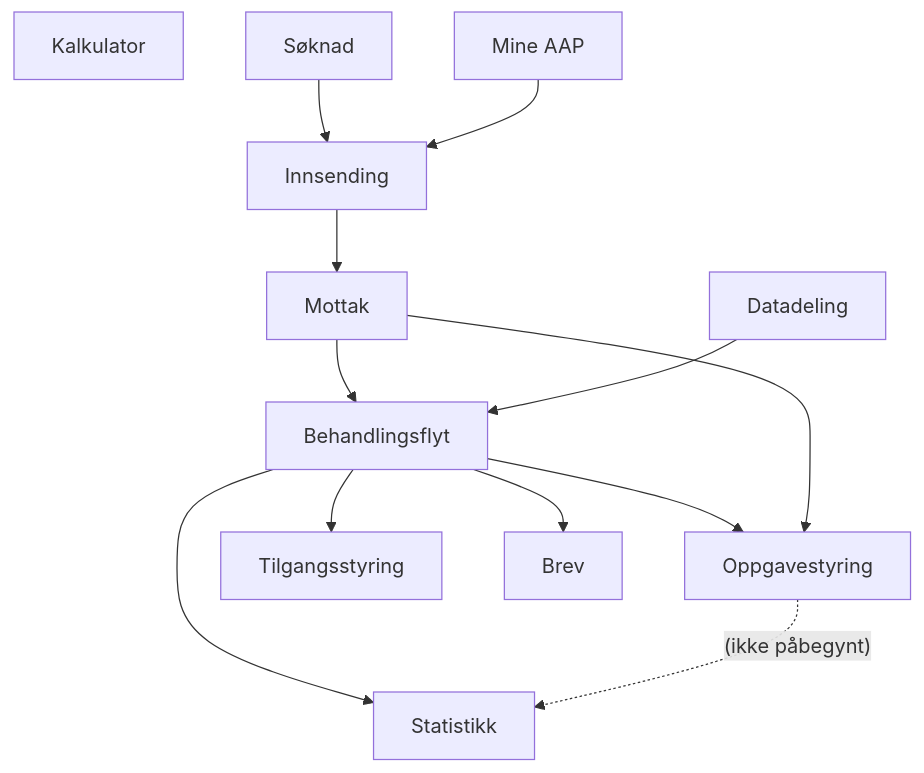
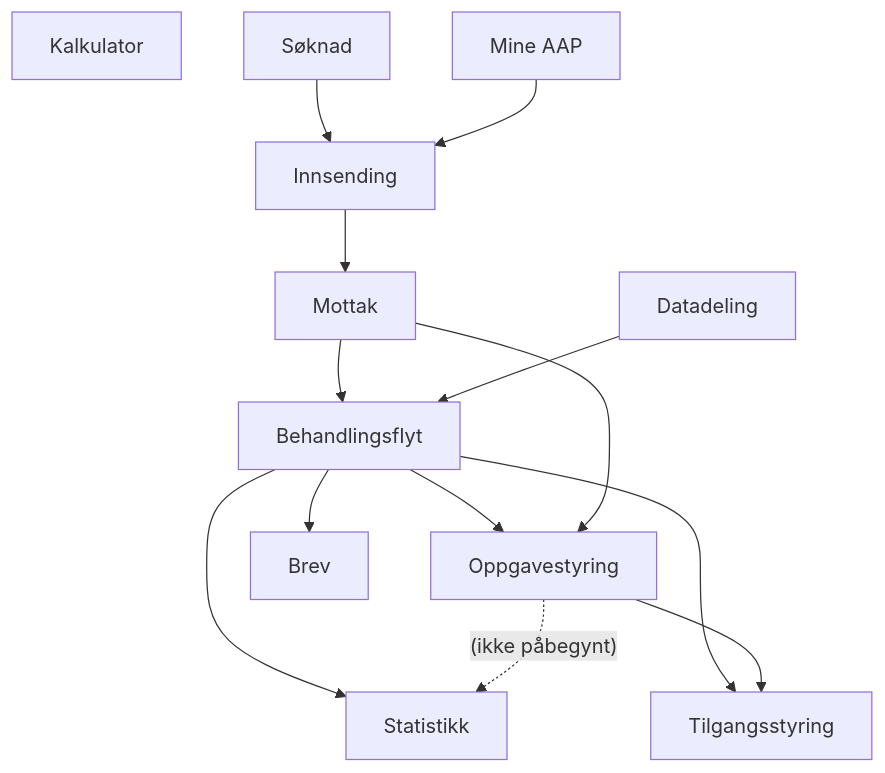
The diagram in docs/funksjonalitet/funksjonalitet.md (navikt/aap-intern-sysdok), drawn with Mermaid before and after one commit. The commit also changed other lines of this file, not shown here.

````diff
--- a/docs/funksjonalitet/funksjonalitet.md
+++ b/docs/funksjonalitet/funksjonalitet.md
@@ -84,15 +87,16 @@
 ```mermaid
 graph TD
 KA[Kalkulator]
 SK[Søknad] --> IS[Innsending]
 MA[Mine AAP] --> IS
 IS --> PM[Mottak]
 PM --> VT[Behandlingsflyt]
 VT --> OP[Oppgavestyring]
 VT --> TS[Tilgangsstyring]
 PM --> OP
 VT --> BR[Brev]
 VT --> ST[Statistikk]
 OP -. (ikke påbegynt) .-> ST
 DA[Datadeling] --> VT
+OP --> TS
 ```
````
